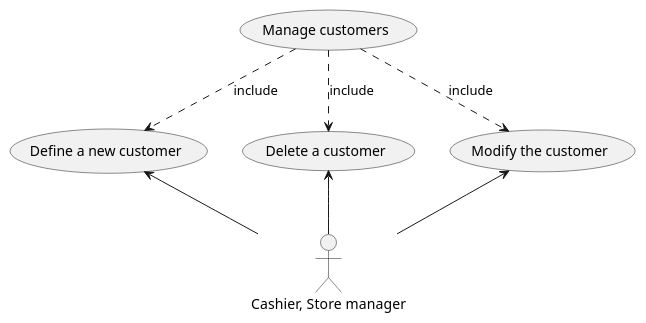
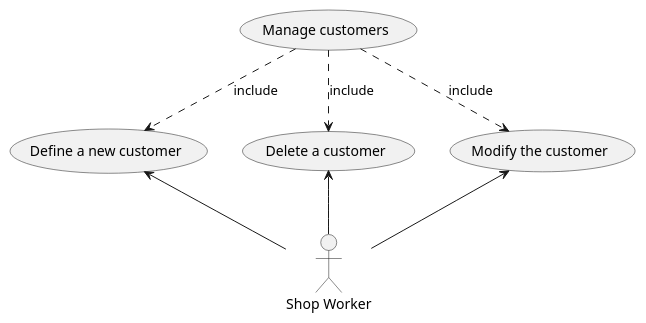
Before and after one commit to polito-se2-21-r03/se1-ezshop: the seventh of 8 diagrams in Deliverables/RequirementsDocument.md, drawn with PlantUML. The commit also changed other lines of this file, not shown here.

````diff
--- a/Deliverables/RequirementsDocument.md
+++ b/Deliverables/RequirementsDocument.md
@@ -313,18 +304,18 @@
 ```plantuml
-"Cashier, Store manager" as StoreManagerCashier
+"Shop Worker" as ShopWorker
 
 (Manage customers) as FR4 
 
 /' Customers management (UC21, UC22, UC23) '/
 (Define a new customer) as UC21
 (Delete a customer) as UC22
 (Modify the customer) as UC23
 
 FR4 ..> UC21 :include
 FR4 ..> UC22 :include
 FR4 ..> UC23 :include
 
-UC21 <-- StoreManagerCashier
-UC22 <-- StoreManagerCashier
-UC23 <-- StoreManagerCashier
+UC21 <-- ShopWorker
+UC22 <-- ShopWorker
+UC23 <-- ShopWorker
 ```
````
